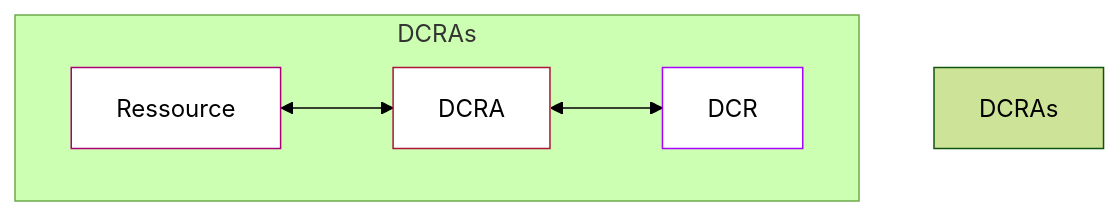
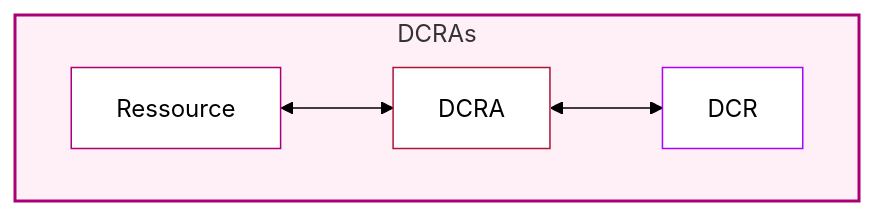
Before and after one commit to elouahidiahmed/soc-doc: the diagram in Sentinel/DCR/01- Règle de collection de données DCR.md, drawn with Mermaid (forest theme).

Commit message:
v3 graoh

````diff
--- a/Sentinel/DCR/01- Règle de collection de données DCR.md
+++ b/Sentinel/DCR/01- Règle de collection de données DCR.md
@@ -35,13 +35,15 @@
 ``` mermaid
 
 flowchart TB
-    subgraph DCRAs 
+    subgraph DCRAs [DCRAs]
         Ressource <--> DCRA <--> DCR
     end
 
+style DCRAs fill:#FFF0F8,stroke:#AA0075,stroke-width:2px
+
 style Ressource color:#000, fill:#fff, stroke:#AA0075
-style DCRA color:#000, fill:#fff, stroke:#AA1539
-style DCR color:#000, fill:#fff, stroke:#AA00FF
-style DCRAs color:#000
+style DCRA     color:#000, fill:#fff, stroke:#AA1539
+style DCR      color:#000, fill:#fff, stroke:#AA00FF
+
 
 ```
````
